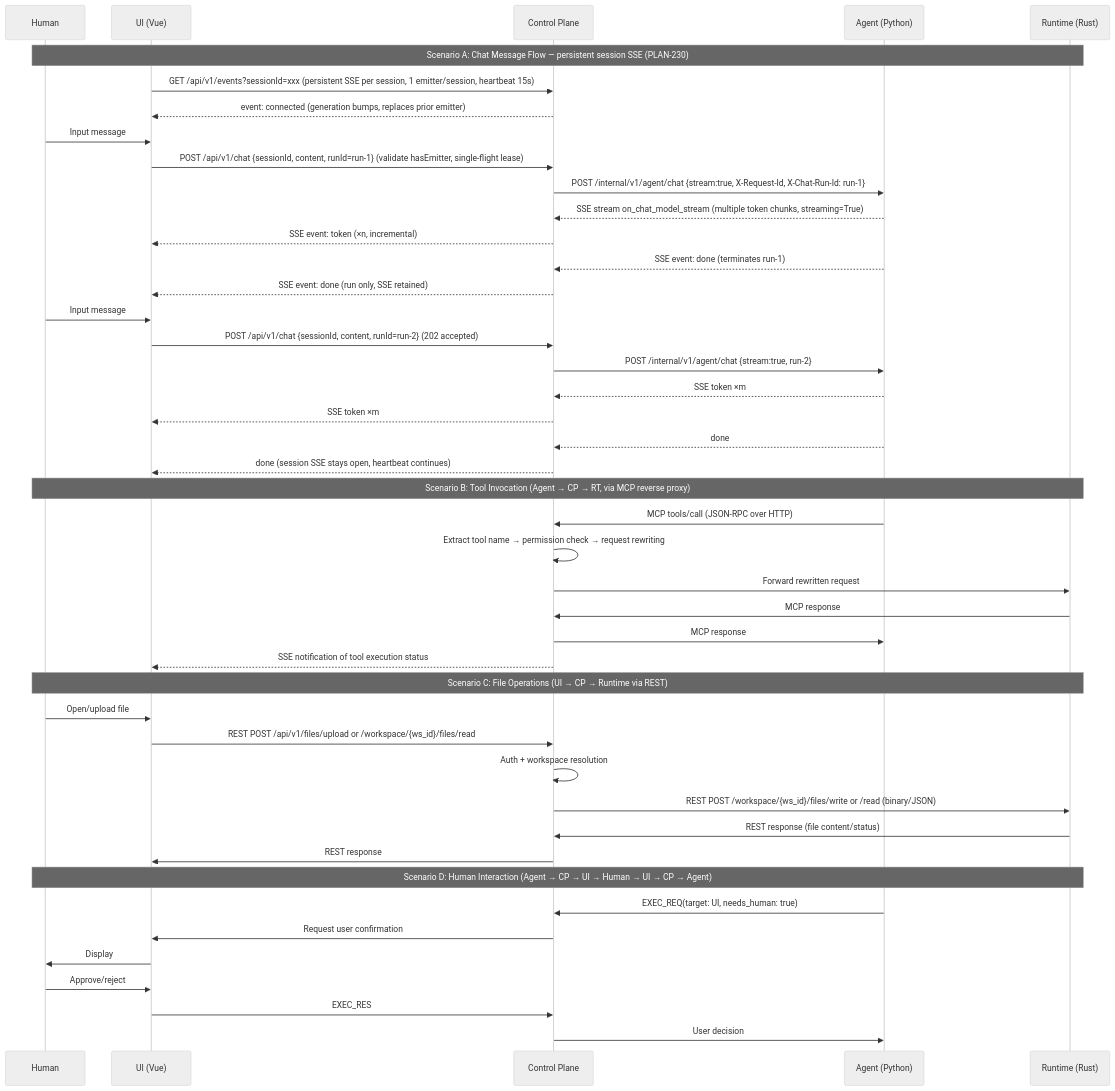
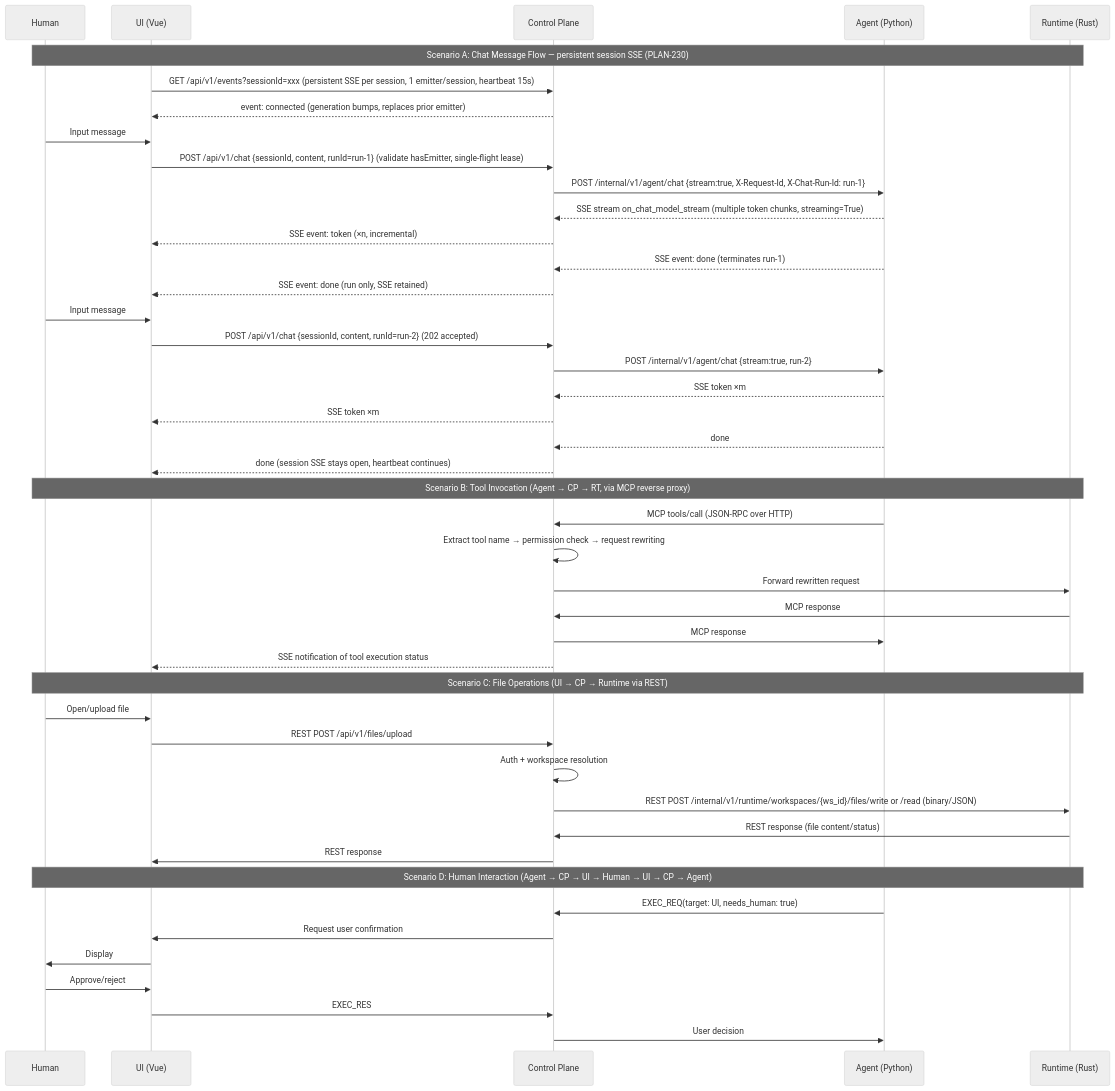
Before and after one commit to cc01cc/xihe-project: the first of 2 diagrams in docs/i18n/en/DEV-001-system-architecture.md, drawn with Mermaid. The commit also changed other lines of this file and 11 other files, not shown here.

````diff
--- a/docs/i18n/en/DEV-001-system-architecture.md
+++ b/docs/i18n/en/DEV-001-system-architecture.md
@@ -218,51 +218,51 @@
 ```mermaid
 %%{init: {'theme': 'neutral'}}%%
 sequenceDiagram
   participant Human
   participant UI as UI (Vue)
   participant CP as Control Plane
   participant Agent as Agent (Python)
   participant RT as Runtime (Rust)
 
   Note over Human,RT: Scenario A: Chat Message Flow — persistent session SSE (PLAN-230)
   UI->>CP: GET /api/v1/events?sessionId=xxx (persistent SSE per session, 1 emitter/session, heartbeat 15s)
   CP-->>UI: event: connected (generation bumps, replaces prior emitter)
   Human->>UI: Input message #1
   UI->>CP: POST /api/v1/chat {sessionId, content, runId=run-1} (validate hasEmitter, single-flight lease)
   CP->>Agent: POST /internal/v1/agent/chat {stream:true, X-Request-Id, X-Chat-Run-Id: run-1}
   Agent-->>CP: SSE stream on_chat_model_stream (multiple token chunks, streaming=True)
   CP-->>UI: SSE event: token (×n, incremental)
   Agent-->>CP: SSE event: done (terminates run-1)
   CP-->>UI: SSE event: done (run only, SSE retained)
   Human->>UI: Input message #2 (reuses same SSE, no reconnect needed)
   UI->>CP: POST /api/v1/chat {sessionId, content, runId=run-2} (202 accepted)
   CP->>Agent: POST /internal/v1/agent/chat {stream:true, run-2}
   Agent-->>CP: SSE token ×m
   CP-->>UI: SSE token ×m
   Agent-->>CP: done
   CP-->>UI: done (session SSE stays open, heartbeat continues)
 
   Note over Human,RT: Scenario B: Tool Invocation (Agent → CP → RT, via MCP reverse proxy)
   Agent->>CP: MCP tools/call (JSON-RPC over HTTP)
   CP->>CP: Extract tool name → permission check → request rewriting
   CP->>RT: Forward rewritten request
   RT->>CP: MCP response
   CP->>Agent: MCP response
   CP-->>UI: SSE notification of tool execution status
 
   Note over Human,RT: Scenario C: File Operations (UI → CP → Runtime via REST)
   Human->>UI: Open/upload file
-  UI->>CP: REST POST /api/v1/files/upload or /workspace/{ws_id}/files/read
+  UI->>CP: REST POST /api/v1/files/upload
   CP->>CP: Auth + workspace resolution
-  CP->>RT: REST POST /workspace/{ws_id}/files/write or /read (binary/JSON)
+  CP->>RT: REST POST /internal/v1/runtime/workspaces/{ws_id}/files/write or /read (binary/JSON)
   RT->>CP: REST response (file content/status)
   CP->>UI: REST response
 
   Note over Human,RT: Scenario D: Human Interaction (Agent → CP → UI → Human → UI → CP → Agent)
   Agent->>CP: EXEC_REQ(target: UI, needs_human: true)
   CP->>UI: Request user confirmation
   UI->>Human: Display
   Human->>UI: Approve/reject
   UI->>CP: EXEC_RES
   CP->>Agent: User decision
 ```
````
